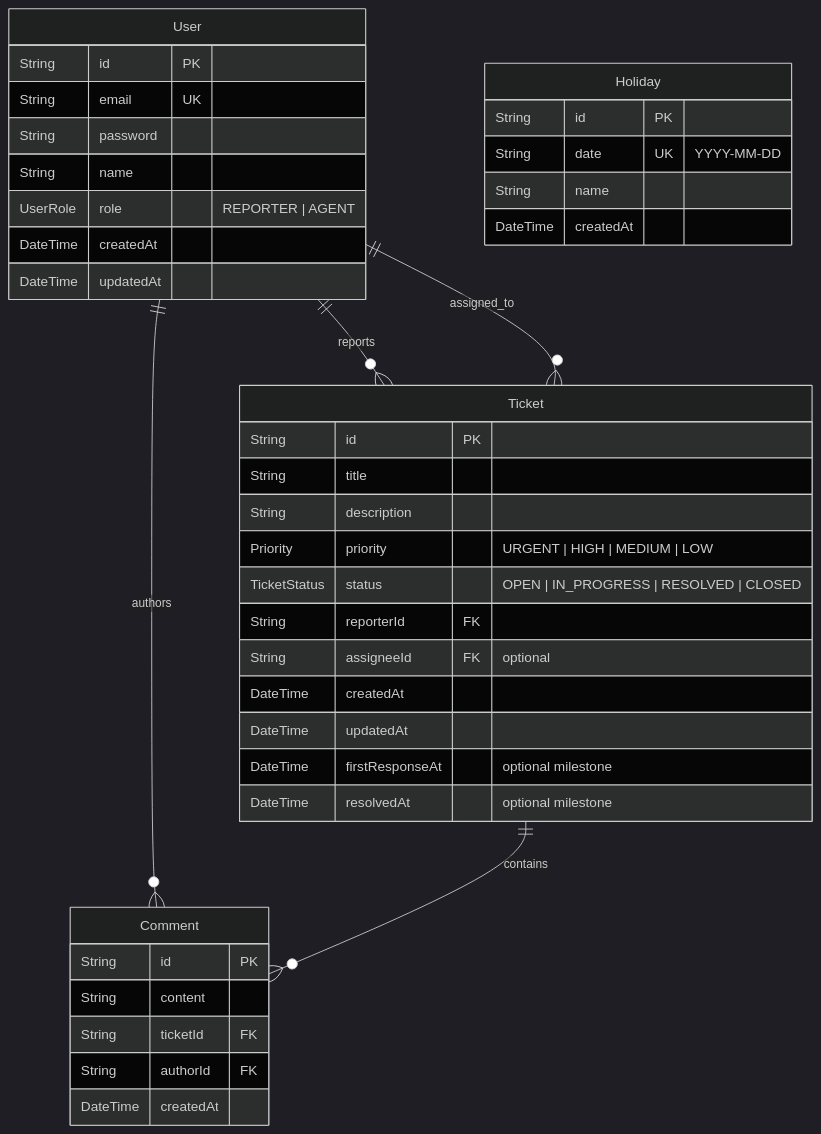
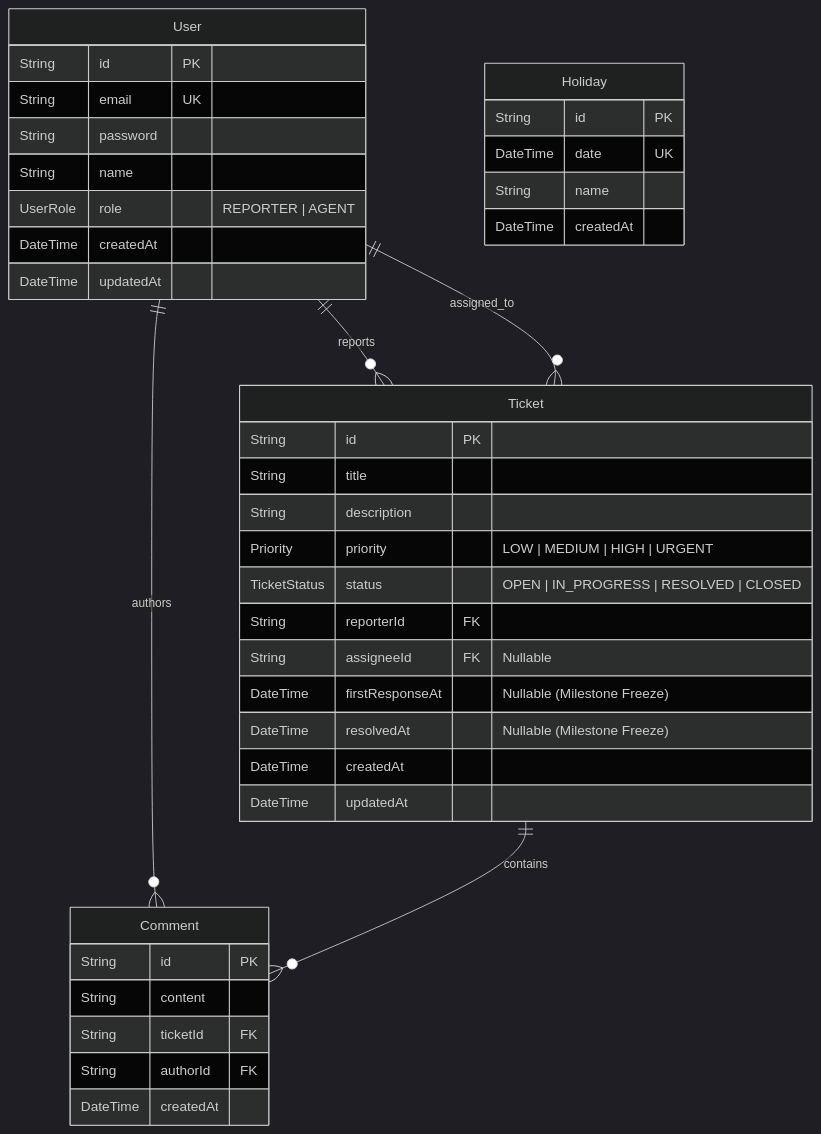
The second of 3 diagrams in README.md (LEVELING2108/Support-Ticket-SLA-Service-Level-Agreement-Tracker), drawn with Mermaid (dark theme) before and after one commit. The commit also changed other lines of this file and 1 other file, not shown here.

````diff
--- a/README.md
+++ b/README.md
@@ -121,46 +150,47 @@
 ```mermaid
 erDiagram
-    User ||--o{ Ticket : "reports"
-    User ||--o{ Ticket : "assigned_to"
-    User ||--o{ Comment : "authors"
-    Ticket ||--o{ Comment : "contains"
+    User ||--o{ Ticket : reports
+    User ||--o{ Ticket : assigned_to
+    User ||--o{ Comment : authors
+    Ticket ||--o{ Comment : contains
+    Holiday
 
     User {
         String id PK
         String email UK
         String password
         String name
         UserRole role "REPORTER | AGENT"
         DateTime createdAt
         DateTime updatedAt
     }
 
     Ticket {
         String id PK
         String title
         String description
-        Priority priority "URGENT | HIGH | MEDIUM | LOW"
+        Priority priority "LOW | MEDIUM | HIGH | URGENT"
         TicketStatus status "OPEN | IN_PROGRESS | RESOLVED | CLOSED"
         String reporterId FK
-        String assigneeId FK "optional"
+        String assigneeId FK "Nullable"
+        DateTime firstResponseAt "Nullable (Milestone Freeze)"
+        DateTime resolvedAt "Nullable (Milestone Freeze)"
         DateTime createdAt
         DateTime updatedAt
-        DateTime firstResponseAt "optional milestone"
-        DateTime resolvedAt "optional milestone"
     }
 
     Comment {
         String id PK
         String content
         String ticketId FK
         String authorId FK
         DateTime createdAt
     }
 
     Holiday {
         String id PK
-        String date UK "YYYY-MM-DD"
+        DateTime date UK
         String name
         DateTime createdAt
     }
 ```
````
